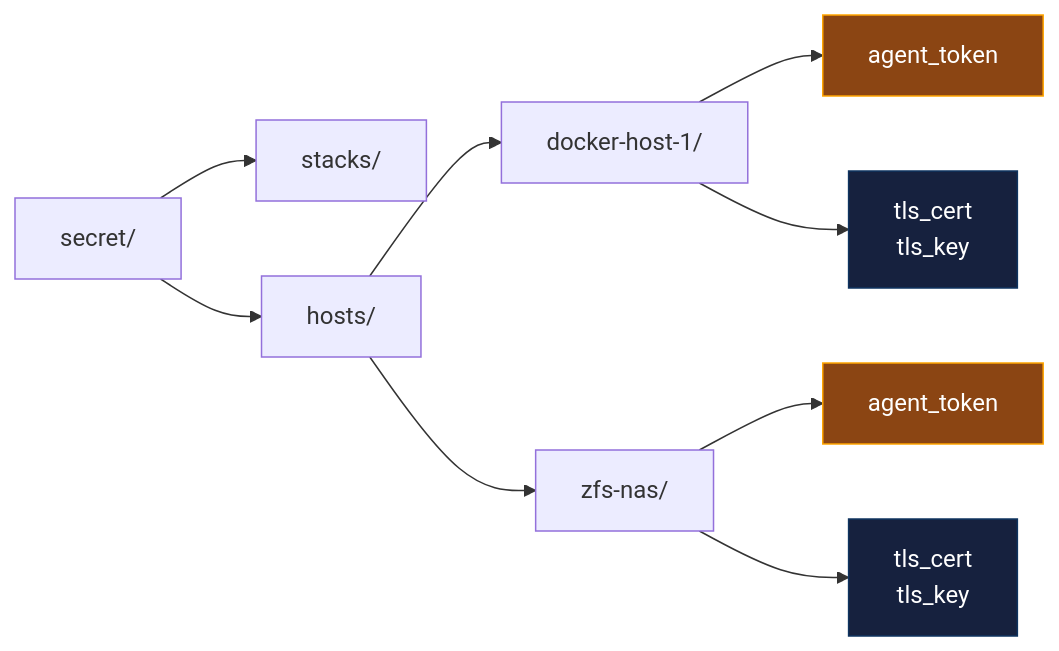
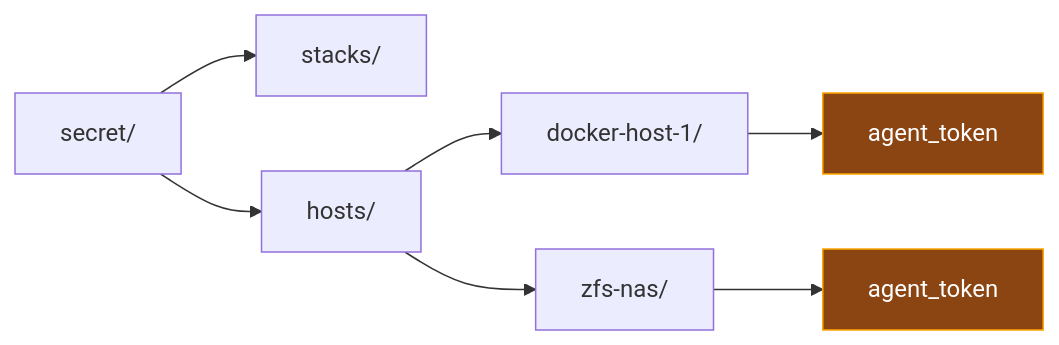
Before and after one commit to jaredglaser/homelab-manager: the tenth of 10 diagrams in docs/openbao-architecture.md, drawn with Mermaid. The commit also changed other lines of this file, not shown here.

````diff
--- a/docs/openbao-architecture.md
+++ b/docs/openbao-architecture.md
@@ -778,18 +806,13 @@
 ```mermaid
 graph LR
     ROOT["secret/"] --> STACKS["stacks/"]
     ROOT --> HOSTS["hosts/"]
 
     HOSTS --> H1["docker-host-1/"]
     H1 --> H1_TOKEN["agent_token"]
-    H1 --> H1_TLS["tls_cert<br/>tls_key"]
-
     HOSTS --> H2["zfs-nas/"]
     H2 --> H2_TOKEN["agent_token"]
-    H2 --> H2_TLS["tls_cert<br/>tls_key"]
 
     style H1_TOKEN fill:#8b4513,stroke:#ffa500,color:#fff
     style H2_TOKEN fill:#8b4513,stroke:#ffa500,color:#fff
-    style H1_TLS fill:#16213e,stroke:#0f3460,color:#fff
-    style H2_TLS fill:#16213e,stroke:#0f3460,color:#fff
 ```
````
